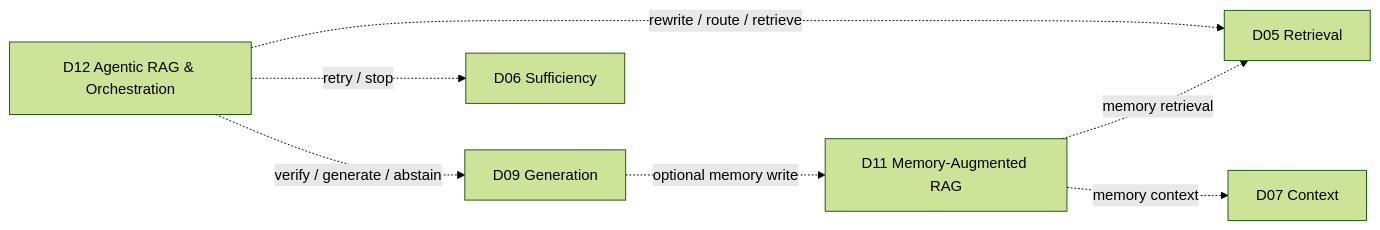
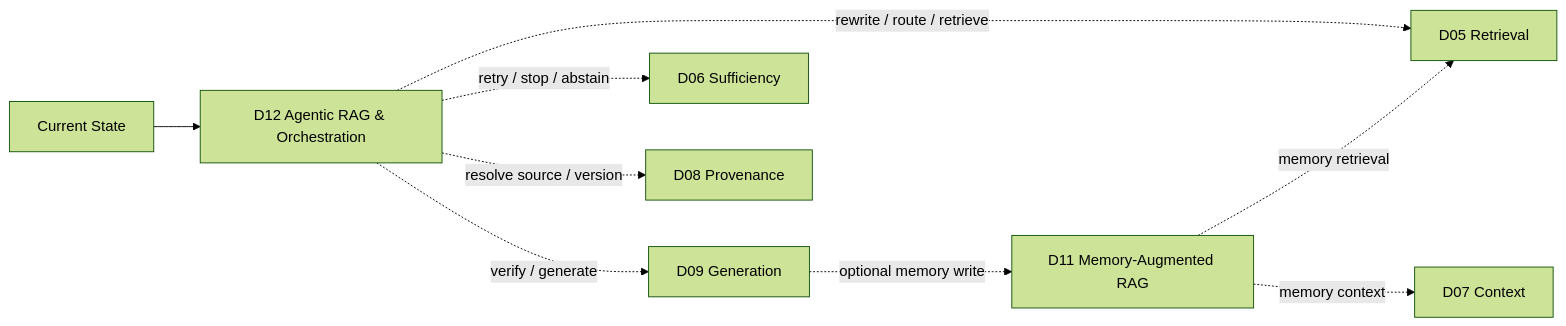
Before and after one commit to Cycl0n3-ga/RAG-survey: the fourth of 6 diagrams in 00 - 導覽與心智圖 (Navigation & MOC)/RAG System Maps.md, drawn with Mermaid (forest theme). The commit also changed other lines of this file, not shown here.

Commit message:
docs(maps): clarify optional RAG paths with compact system maps

````diff
--- a/00 - 導覽與心智圖 (Navigation & MOC)/RAG System Maps.md
+++ b/00 - 導覽與心智圖 (Navigation & MOC)/RAG System Maps.md
@@ -76,11 +119,12 @@
 ```mermaid
 flowchart LR
     D11["D11 Memory-Augmented RAG"] -. "memory retrieval" .-> D05["D05 Retrieval"]
     D11 -. "memory context" .-> D07["D07 Context"]
+    D09["D09 Generation"] -. "optional memory write" .-> D11
 
-    D12["D12 Agentic RAG & Orchestration"] -. "rewrite / route / retrieve" .-> D05
-    D12 -. "retry / stop" .-> D06["D06 Sufficiency"]
-    D12 -. "verify / generate / abstain" .-> D09["D09 Generation"]
-
-    D09 -. "optional memory write" .-> D11
+    STATE["Current State"] --> D12["D12 Agentic RAG & Orchestration"]
+    D12 -. "rewrite / route / retrieve" .-> D05
+    D12 -. "retry / stop / abstain" .-> D06["D06 Sufficiency"]
+    D12 -. "resolve source / version" .-> D08["D08 Provenance"]
+    D12 -. "verify / generate" .-> D09
 ```
````
